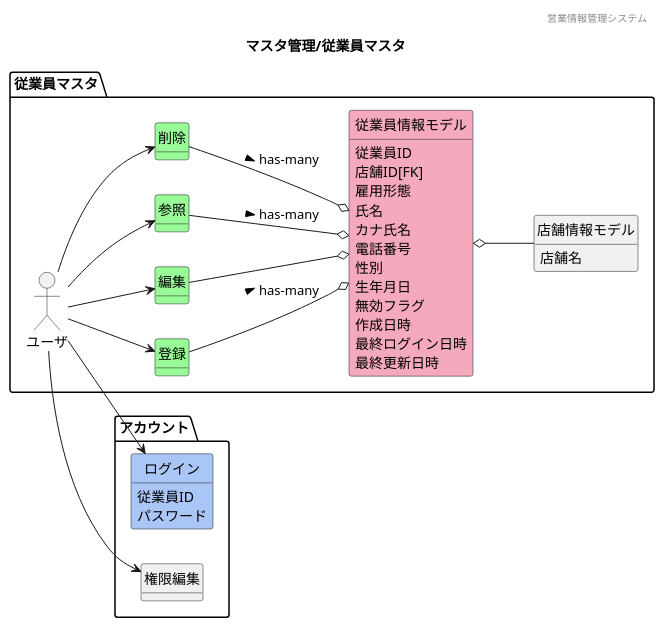
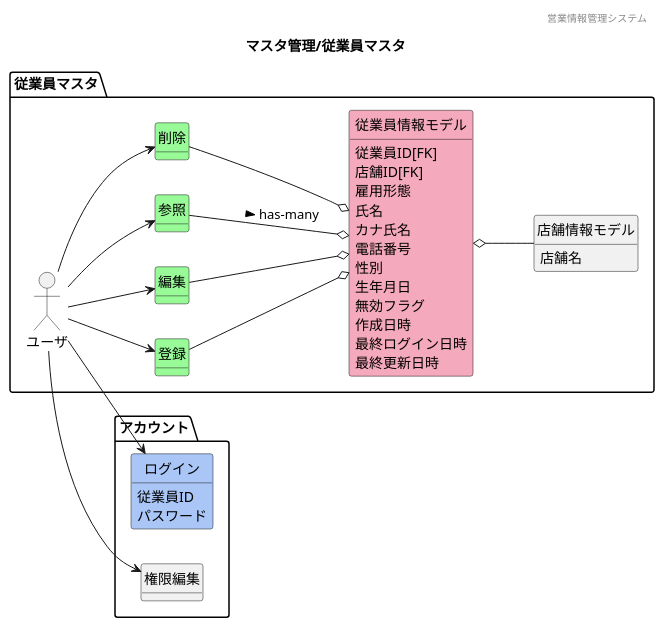
The diagram in 各種設計書/1ドメインモデル図/マスタ管理/F01従業員マスタ.plantuml (HaruShim/Sotuken), drawn with PlantUML before and after one commit. The commit also changed 11 other files, not shown here.

```diff
--- a/各種設計書/1ドメインモデル図/マスタ管理/F01従業員マスタ.plantuml
+++ b/各種設計書/1ドメインモデル図/マスタ管理/F01従業員マスタ.plantuml
@@ -1,61 +1,61 @@
 @startuml images/マスタ管理/従業員マスタ
 ' ヘッダー
 header 営業情報管理システム
 ' タイトル
 title マスタ管理/従業員マスタ
 ' 
 hide circle
 ' 
 hide method
 ' hide members
 left to right direction
 
 package "アカウント"{
     class "ログイン" #A9C6F6
     class "権限編集"
 }
 
 package "従業員マスタ"{
     mix_actor "ユーザ"
     class "登録" #98fb98
     class "編集" #98fb98
     class "参照" #98fb98
     class "削除" #98fb98
     class "従業員情報モデル" #F5A9BC
     class "店舗情報モデル"
 
     ユーザ --> 参照
     ユーザ --> 登録
     ユーザ --> 編集
     ユーザ --> 削除
     ユーザ --> ログイン
     ユーザ --> 権限編集
     参照 --o 従業員情報モデル : > has-many
-    登録 --o 従業員情報モデル : > has-many
+    登録 --o 従業員情報モデル
     編集 --o 従業員情報モデル 
-    削除 --o 従業員情報モデル : > has-many
+    削除 --o 従業員情報モデル
     従業員情報モデル o-- 店舗情報モデル
 
-    従業員情報モデル : 従業員ID
+    従業員情報モデル : 従業員ID[FK]
     従業員情報モデル : 店舗ID[FK]
     従業員情報モデル : 雇用形態
     従業員情報モデル : 氏名
     従業員情報モデル : カナ氏名
     従業員情報モデル : 電話番号
     従業員情報モデル : 性別
     従業員情報モデル : 生年月日
     従業員情報モデル : 無効フラグ
     従業員情報モデル : 作成日時
     従業員情報モデル : 最終ログイン日時
     従業員情報モデル : 最終更新日時
     店舗情報モデル : 店舗名
     ログイン : 従業員ID
     ログイン : パスワード
 }
 
 
 
 
 
 
 @enduml
```
